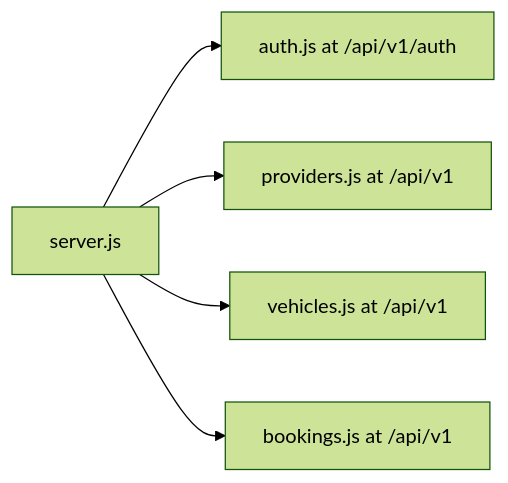
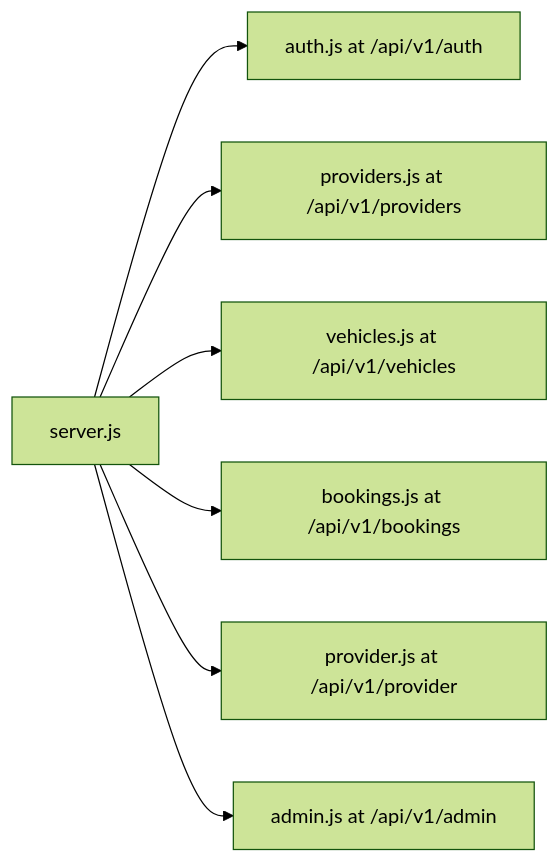
The second of 3 diagrams in docs/diagrams/api.md (kormuyang/swdevprac1-project-dobby), drawn with Mermaid (forest theme) before and after one commit. The commit also changed other lines of this file and 18 other files, not shown here.

````diff
--- a/docs/diagrams/api.md
+++ b/docs/diagrams/api.md
@@ -32,7 +32,9 @@
 ```mermaid
 flowchart LR
     Server[server.js] --> AuthRoutes[auth.js at /api/v1/auth]
-    Server --> ProviderRoutes[providers.js at /api/v1]
-    Server --> VehicleRoutes[vehicles.js at /api/v1]
-    Server --> BookingRoutes[bookings.js at /api/v1]
+    Server --> PublicProviderRoutes[providers.js at /api/v1/providers]
+    Server --> VehicleRoutes[vehicles.js at /api/v1/vehicles]
+    Server --> BookingRoutes[bookings.js at /api/v1/bookings]
+    Server --> ProviderRoutes[provider.js at /api/v1/provider]
+    Server --> AdminRoutes[admin.js at /api/v1/admin]
 ```
````
